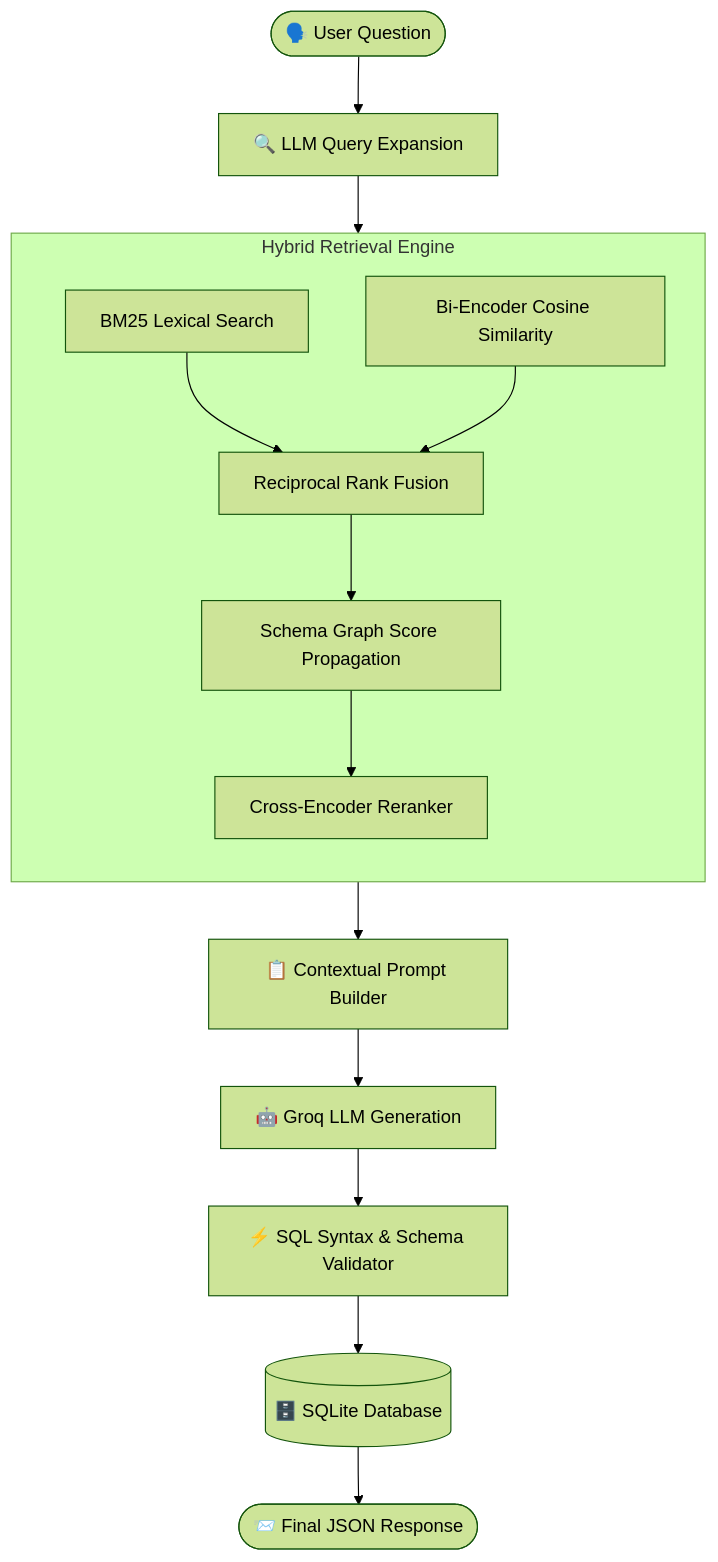
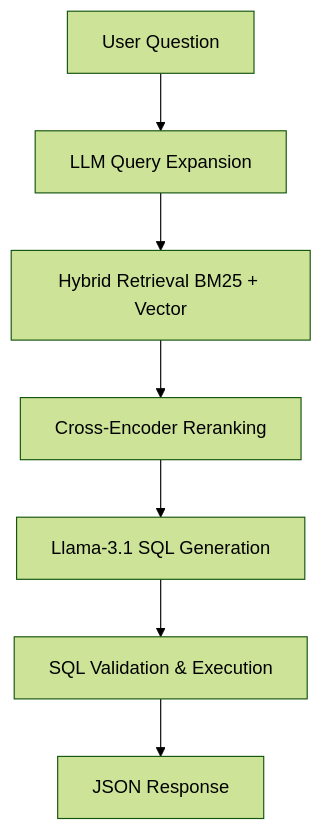
The second of 3 diagrams in README.md (ANANYA542/text-to-sql-api), drawn with Mermaid (forest theme) before and after one commit. The commit also changed other lines of this file, not shown here.

````diff
--- a/README.md
+++ b/README.md
@@ -39,24 +39,9 @@
 ```mermaid
-flowchart TD
-    User([🗣️ User Question]) --> QueryExp[🔍 LLM Query Expansion]
-    QueryExp --> Retrieval[📊 Hybrid Retrieval Engine]
-    
-    subgraph Retrieval [Hybrid Retrieval Engine]
-        direction TB
-        BM25[BM25 Lexical Search]
-        BiEnc[Bi-Encoder Cosine Similarity]
-        RRF[Reciprocal Rank Fusion]
-        GraphProp[Schema Graph Score Propagation]
-        CrossEnc[Cross-Encoder Reranker]
-        
-        BM25 & BiEnc --> RRF
-        RRF --> GraphProp
-        GraphProp --> CrossEnc
-    end
-    
-    Retrieval --> PromptGen[📋 Contextual Prompt Builder]
-    PromptGen --> LLM[🤖 Groq LLM Generation]
-    LLM --> SQLValidate[⚡ SQL Syntax & Schema Validator]
-    SQLValidate --> SQLite[(🗄️ SQLite Database)]
-    SQLite --> Response([📨 Final JSON Response])
+graph TD
+    Question[User Question] --> Exp[LLM Query Expansion]
+    Exp --> Retrieve[Hybrid Retrieval BM25 + Vector]
+    Retrieve --> Rerank[Cross-Encoder Reranking]
+    Rerank --> Gen[Llama-3.1 SQL Generation]
+    Gen --> Validate[SQL Validation & Execution]
+    Validate --> Response[JSON Response]
 ```
````
